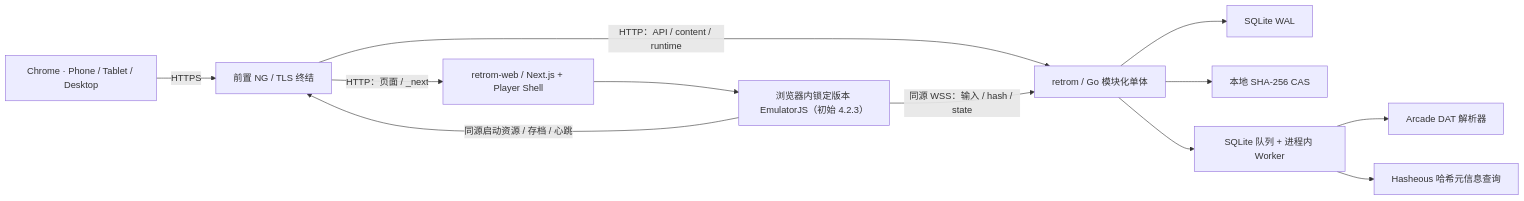
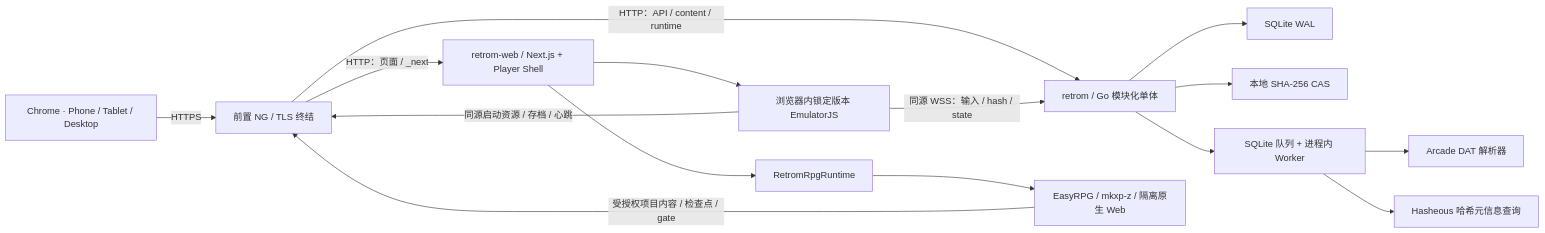
Before and after one commit to retrom-project/retrom: the second of 4 diagrams in docs/retrom-product-architecture.md, drawn with Mermaid. The commit also changed other lines of this file and 580 other files, not shown here.

```diff
--- a/docs/retrom-product-architecture.md
+++ b/docs/retrom-product-architecture.md
@@ -187,14 +196,17 @@
 ~~~mermaid
 flowchart LR
     U["Chrome · Phone / Tablet / Desktop"] -->|HTTPS| N["前置 NG / TLS 终结"]
     N -->|HTTP：页面 / _next| W["retrom-web / Next.js + Player Shell"]
     N -->|HTTP：API / content / runtime| S["retrom / Go 模块化单体"]
-    W --> R["浏览器内锁定版本 EmulatorJS（初始 4.2.3）"]
+    W --> R["浏览器内锁定版本 EmulatorJS"]
+    W --> RR["RetromRpgRuntime"]
+    RR --> RW["EasyRPG / mkxp-z / 隔离原生 Web"]
     S --> D["SQLite WAL"]
     S --> B["本地 SHA-256 CAS"]
     S --> J["SQLite 队列 + 进程内 Worker"]
     J --> A["Arcade DAT 解析器"]
     J --> H["Hasheous 哈希元信息查询"]
     R -->|同源启动资源 / 存档 / 心跳| N
+    RW -->|受授权项目内容 / 检查点 / gate| N
     R -->|同源 WSS：输入 / hash / state| S
 ~~~
```
